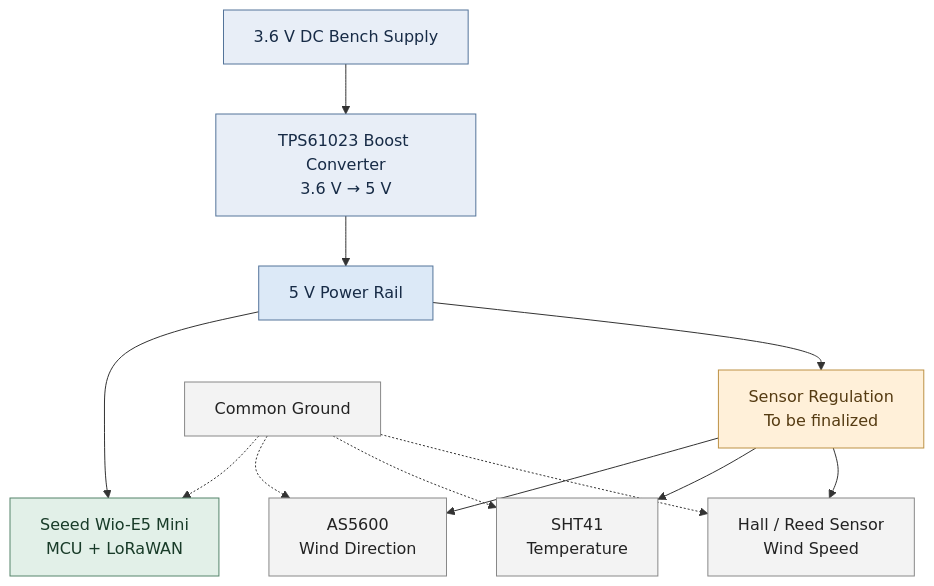
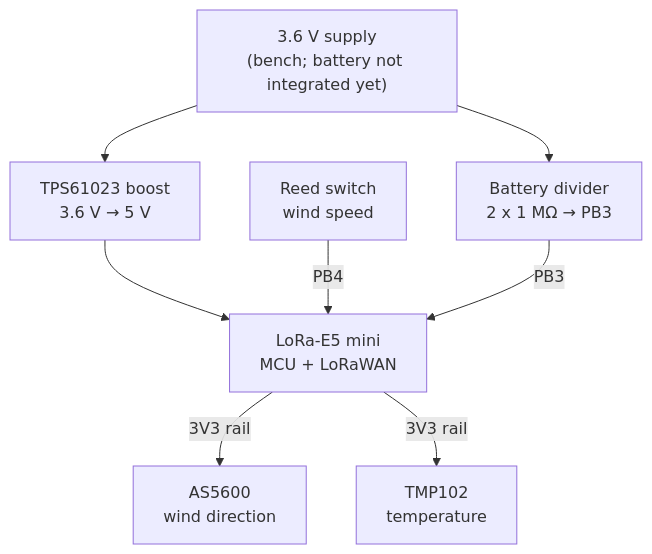
One commit to yolosunflo/Urban_wind_sensor_network changed the diagram in ICD.md. Above: the diagram before and after it, drawn with Mermaid. The commit also changed other lines of this file, not shown here.

Commit message:
docs(icd): update hardware interfaces and power architecture

````diff
--- a/ICD.md
+++ b/ICD.md
@@ -65,27 +48,10 @@
 ```mermaid
 flowchart TB
-    A["3.6 V DC Bench Supply"] --> B["TPS61023 Boost Converter<br/>3.6 V → 5 V"]
-    B --> C["5 V Power Rail"]
-
-    C --> D["Seeed Wio-E5 Mini<br/>MCU + LoRaWAN"]
-    C --> E["Sensor Regulation<br/>To be finalized"]
-
-    E --> F["AS5600<br/>Wind Direction"]
-    E --> G["SHT41<br/>Temperature"]
-    E --> H["Hall / Reed Sensor<br/>Wind Speed"]
-
-    I["Common Ground"] -.-> D
-    I -.-> F
-    I -.-> G
-    I -.-> H
-
-    style A fill:#e8eef7,stroke:#54749a,color:#172b46
-    style B fill:#e8eef7,stroke:#54749a,color:#172b46
-    style C fill:#dce9f7,stroke:#54749a,color:#172b46
-    style D fill:#e2f0e8,stroke:#54846a,color:#183b28
-    style E fill:#fff0d9,stroke:#bd9145,color:#553b12
-    style F fill:#f3f3f3,stroke:#888,color:#222
-    style G fill:#f3f3f3,stroke:#888,color:#222
-    style H fill:#f3f3f3,stroke:#888,color:#222
-    style I fill:#f3f3f3,stroke:#888,color:#222
-``` 
+    A["3.6 V supply<br/>(bench; battery not integrated yet)"] --> B["TPS61023 boost<br/>3.6 V → 5 V"]
+    A --> R["Battery divider<br/>2 x 1 MΩ → PB3"]
+    B --> D["LoRa-E5 mini<br/>MCU + LoRaWAN"]
+    D -->|"3V3 rail"| F["AS5600<br/>wind direction"]
+    D -->|"3V3 rail"| G["TMP102<br/>temperature"]
+    H["Reed switch<br/>wind speed"] -->|"PB4"| D
+    R -->|"PB3"| D
+```
````
